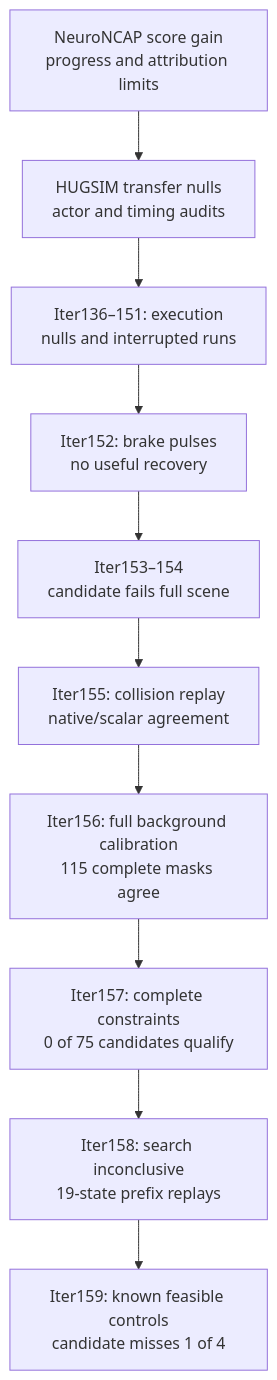
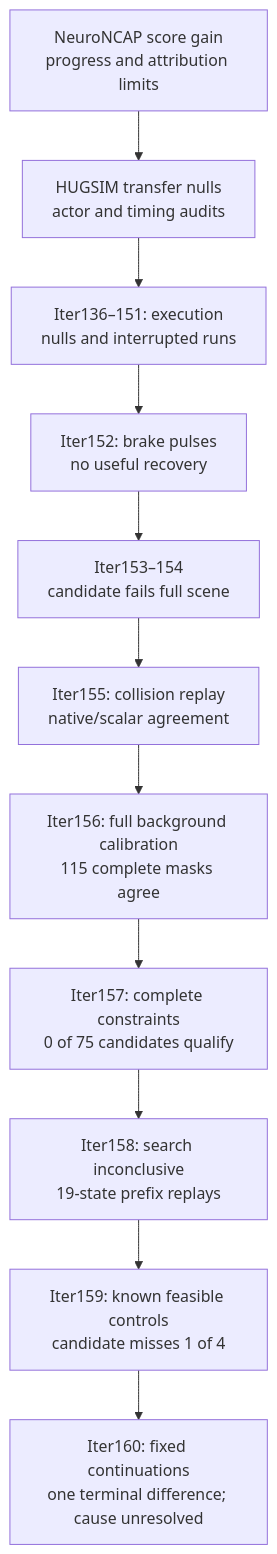
Before and after one commit to manfromnowhere143/sentinel: the second of 3 diagrams in README.md, drawn with Mermaid. The commit also changed other lines of this file and 27 other files, not shown here.

Commit message:
Close Iter160 with one bounded terminal difference and unresolved search causation

````diff
--- a/README.md
+++ b/README.md
@@ -227,14 +227,15 @@
 ```mermaid
 flowchart TB
   accTitle: How the evidence changed the research question
   accDescr: Benchmark gains and transfer nulls lead to recovery tests, a failed model candidate, and a verified background collision witness.
   N["NeuroNCAP score gain<br/>progress and attribution limits"] --> T["HUGSIM transfer nulls<br/>actor and timing audits"]
   T --> E["Iter136–151: execution<br/>nulls and interrupted runs"]
   E --> P["Iter152: brake pulses<br/>no useful recovery"]
   P --> M["Iter153–154<br/>candidate fails full scene"]
   M --> W["Iter155: collision replay<br/>native/scalar agreement"]
   W --> C["Iter156: full background calibration<br/>115 complete masks agree"]
   C --> L["Iter157: complete constraints<br/>0 of 75 candidates qualify"]
   L --> A["Iter158: search inconclusive<br/>19-state prefix replays"]
   A --> Q["Iter159: known feasible controls<br/>candidate misses 1 of 4"]
+  Q --> K["Iter160: fixed continuations<br/>one terminal difference; cause unresolved"]
 ```
````
